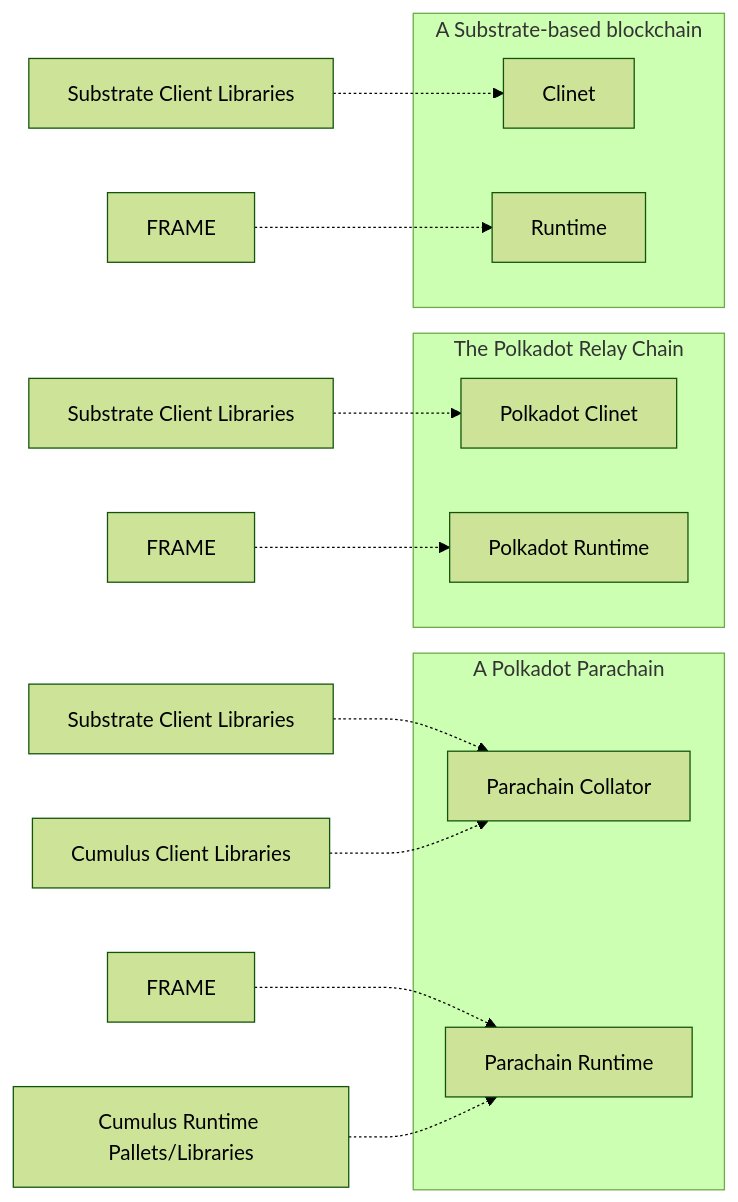
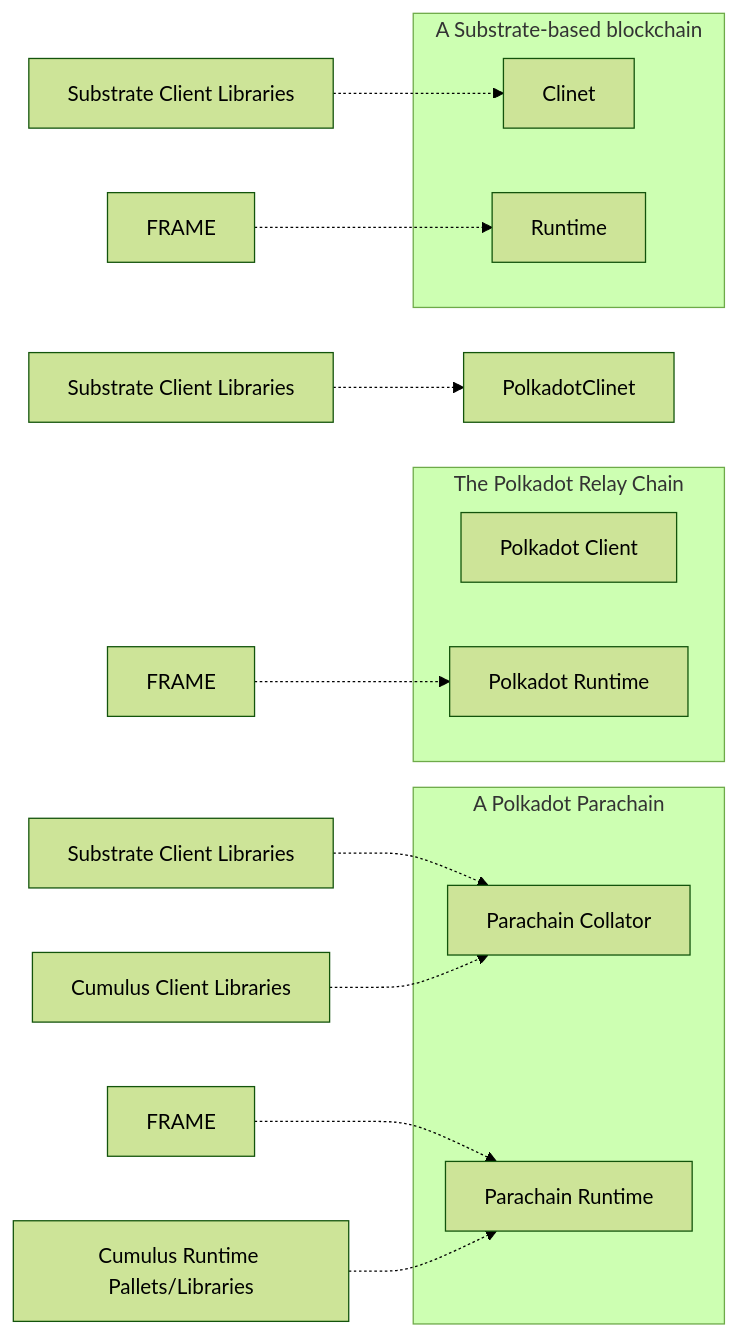
The diagram in docs/mermaid/polkadot_sdk.mmd (paritytech/polkadot-sdk), drawn with Mermaid (forest theme) before and after one commit.

```diff
--- a/docs/mermaid/polkadot_sdk.mmd
+++ b/docs/mermaid/polkadot_sdk.mmd
@@ -1,26 +1,26 @@
 flowchart LR
     subgraph Parachain[A Polkadot Parachain]
         ParachainCollator[Parachain Collator]
         ParachainRuntime[Parachain Runtime]
     end
 
     subgraph Polkadot[The Polkadot Relay Chain]
-        PolkadotClinet[Polkadot Clinet]
+        PolkadotClient[Polkadot Client]
         PolkadotRuntime[Polkadot Runtime]
     end
 
     subgraph SubstrateChain[A Substrate-based blockchain]
         Clinet
         Runtime
     end
 
     FRAME1[FRAME] -.-> Runtime
     FRAME2[FRAME] -.-> PolkadotRuntime
     FRAME3[FRAME] -.-> ParachainRuntime
 
     Substrate1[Substrate Client Libraries] -.-> Clinet
     Substrate2[Substrate Client Libraries] -.-> PolkadotClinet
     Substrate3[Substrate Client Libraries] -.-> ParachainCollator
 
     Cumulus1[Cumulus Runtime Pallets/Libraries] -.-> ParachainRuntime
     Cumulus2[Cumulus Client Libraries] -.-> ParachainCollator
```
